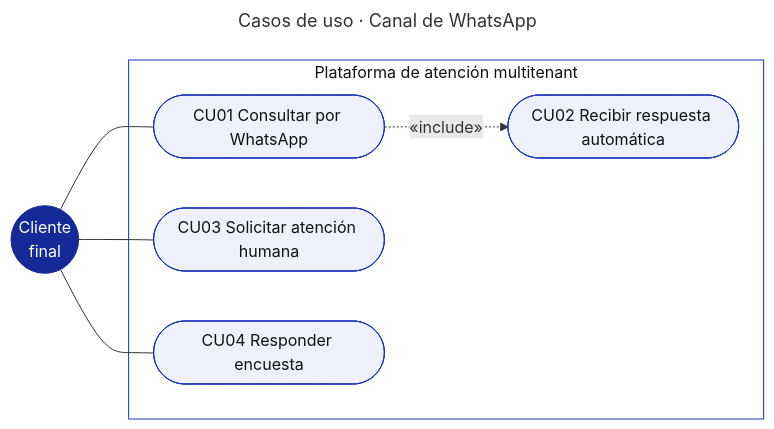
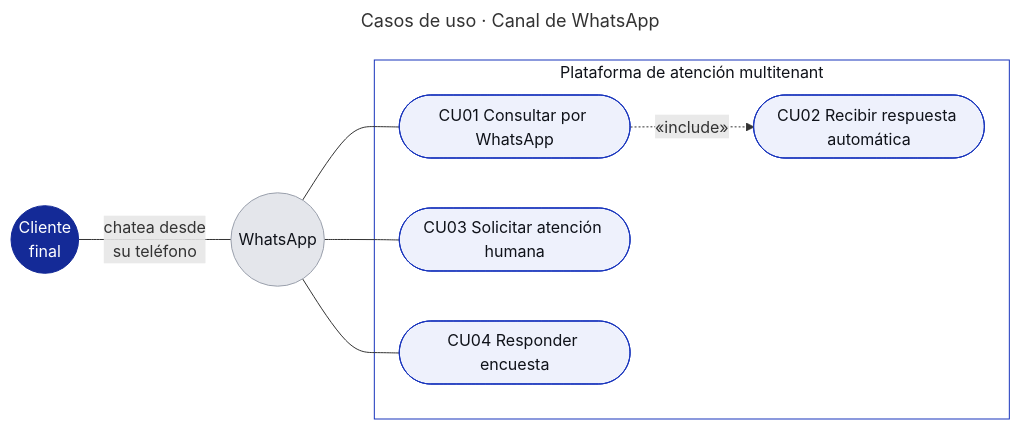
The diagram in docs/02-uml/casos-de-uso/01-canal-whatsapp.md (GerardoGM14/app-tesis-chatbot), drawn with Mermaid before and after one commit. The commit also changed other lines of this file and 28 other files, not shown here.

````diff
--- a/docs/02-uml/casos-de-uso/01-canal-whatsapp.md
+++ b/docs/02-uml/casos-de-uso/01-canal-whatsapp.md
@@ -5,25 +5,29 @@
 ```mermaid
 ---
 title: "Casos de uso · Canal de WhatsApp"
 ---
 flowchart LR
   CL(("Cliente<br/>final"))
+  WA(("WhatsApp"))
 
   subgraph SYS["Plataforma de atención multitenant"]
     UC01(["CU01 Consultar por WhatsApp"])
     UC02(["CU02 Recibir respuesta automática"])
     UC03(["CU03 Solicitar atención humana"])
     UC04(["CU04 Responder encuesta"])
   end
 
-  CL --- UC01
-  CL --- UC03
-  CL --- UC04
+  CL -- "chatea desde<br/>su teléfono" --- WA
+  WA --- UC01
+  WA --- UC03
+  WA --- UC04
   UC01 -. "«include»" .-> UC02
 
   classDef actor fill:#142A97,stroke:#142A97,color:#FFFFFF
+  classDef system fill:#E4E6EB,stroke:#9AA0AC,color:#0F1219
   classDef usecase fill:#EEF1FC,stroke:#1834BC,color:#0F1219
   class CL actor
+  class WA system
   class UC01,UC02,UC03,UC04 usecase
   style SYS fill:#FFFFFF,stroke:#1834BC,color:#0F1219
 ```
````
